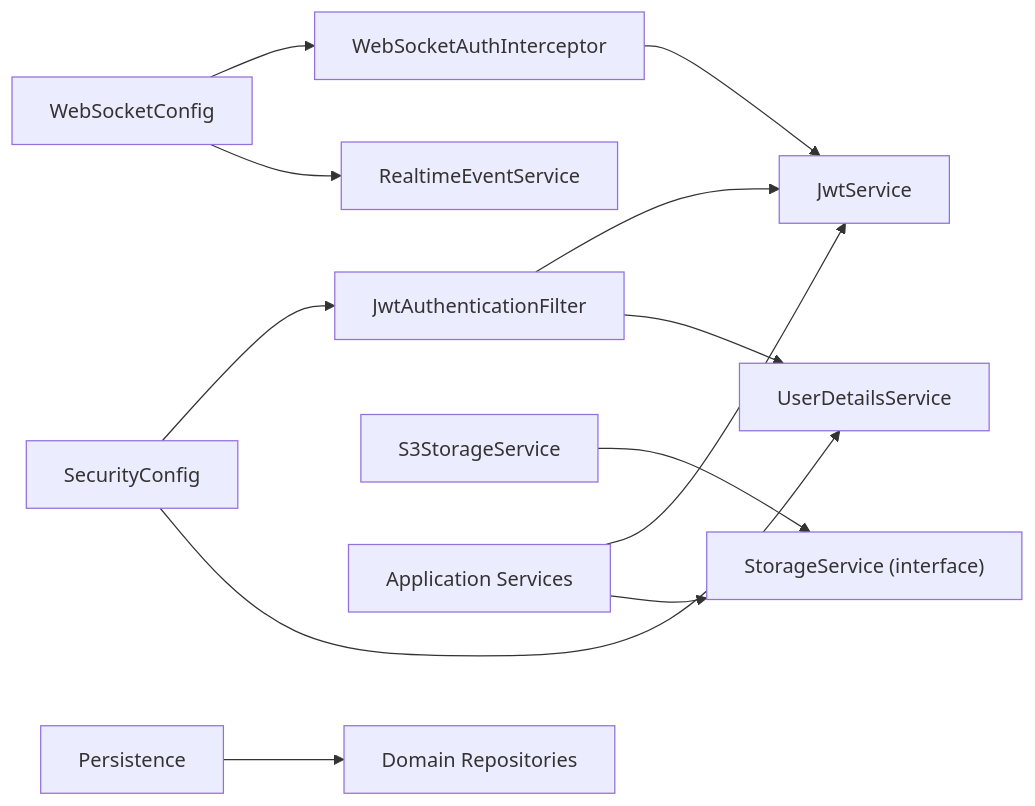
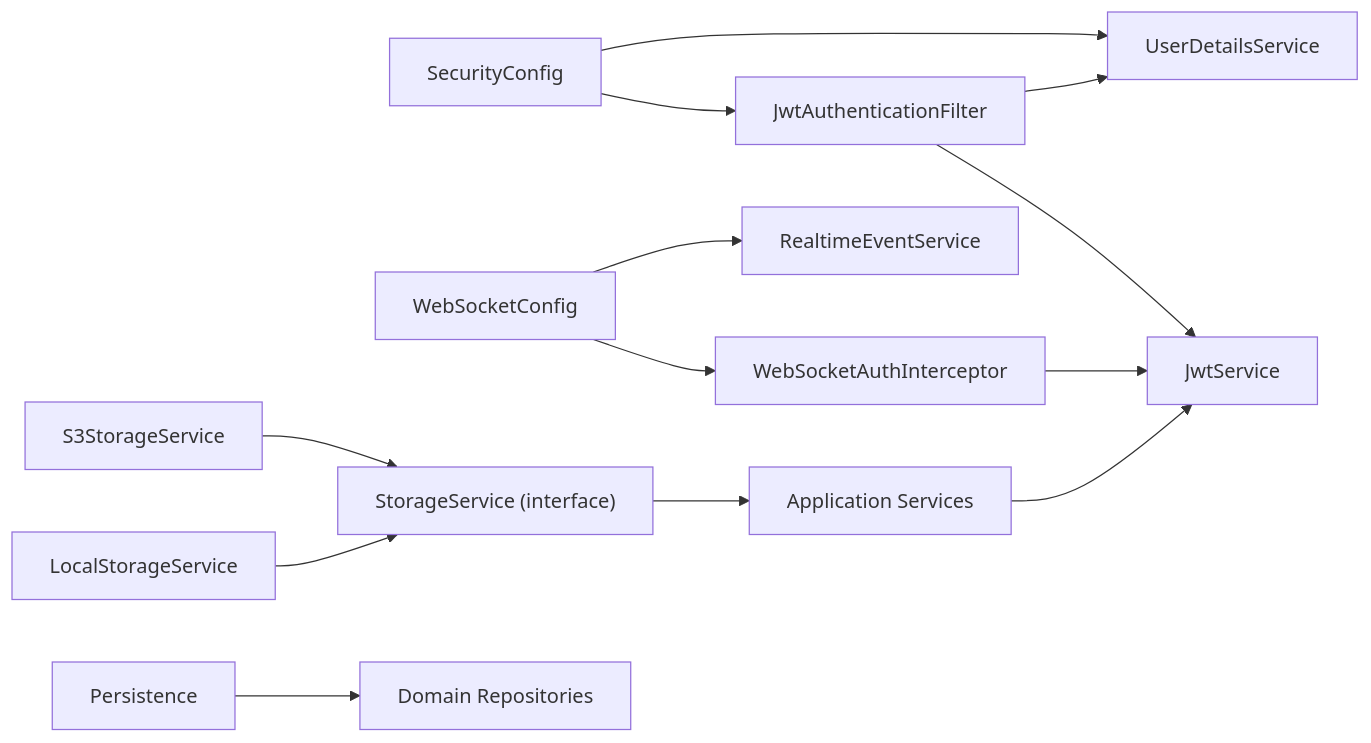
One commit to Vostrikov2014/vks-qoder changed the seventh of 7 diagrams in .qoder/repowiki/en/content/Backend Modules/Infrastructure Layer/Infrastructure Layer.md. Above: the diagram before and after it, drawn with Mermaid. The commit also changed other lines of this file and 11 other files, not shown here.

````diff
--- a/.qoder/repowiki/en/content/Backend Modules/Infrastructure Layer/Infrastructure Layer.md
+++ b/.qoder/repowiki/en/content/Backend Modules/Infrastructure Layer/Infrastructure Layer.md
@@ -362,14 +421,15 @@
 ```mermaid
 graph LR
 JwtAF["JwtAuthenticationFilter"] --> JwtSvc["JwtService"]
 JwtAF --> UDS["UserDetailsService"]
 SecCfg["SecurityConfig"] --> JwtAF
 SecCfg --> UDS
 WSCfg["WebSocketConfig"] --> WSI["WebSocketAuthInterceptor"]
 WSCfg --> REvent["RealtimeEventService"]
 WSI --> JwtSvc
-S3["S3StorageService"] --> StoreIF["StorageService (interface)"]
-App["Application Services"] --> JwtSvc
-App --> StoreIF
+LocalStorage["LocalStorageService"] --> StoreIF["StorageService (interface)"]
+S3Storage["S3StorageService"] --> StoreIF
+StoreIF --> App["Application Services"]
+App --> JwtSvc
 Pers["Persistence"] --> Repo["Domain Repositories"]
 ```
````
